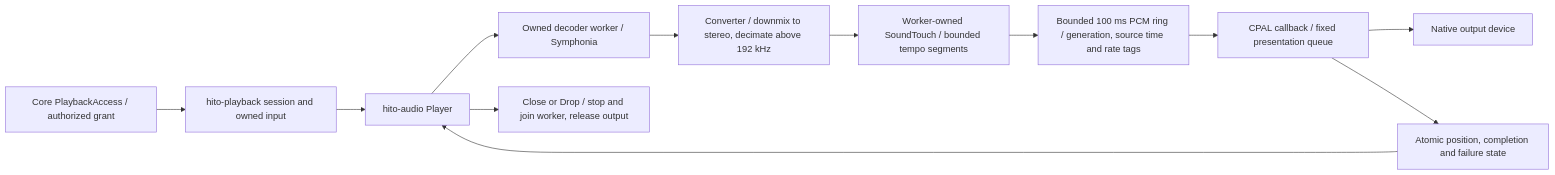
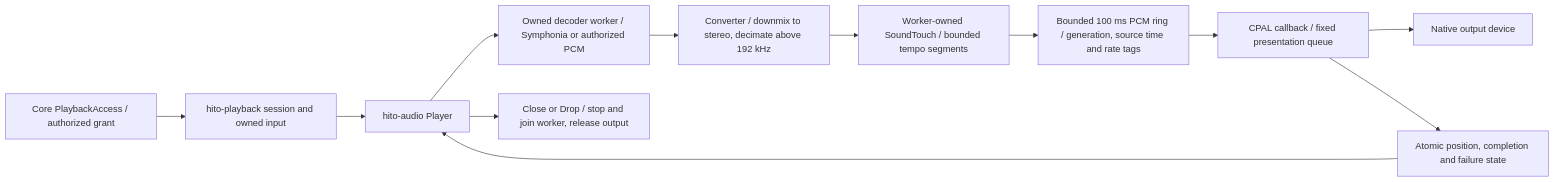
One commit to acidiney/hitoapp changed the first of 5 diagrams in docs/native-audio.md. Above: the diagram before and after it, drawn with Mermaid. The commit also changed other lines of this file and 3 other files, not shown here.

````diff
--- a/docs/native-audio.md
+++ b/docs/native-audio.md
@@ -9,14 +9,14 @@
 ```mermaid
 flowchart LR
   Access[Core PlaybackAccess / authorized grant] --> Session[hito-playback session and owned input]
   Session --> Player[hito-audio Player]
-  Player --> Decoder[Owned decoder worker / Symphonia]
+  Player --> Decoder[Owned decoder worker / Symphonia or authorized PCM]
   Decoder --> Convert[Converter / downmix to stereo, decimate above 192 kHz]
   Convert --> Tempo[Worker-owned SoundTouch / bounded tempo segments]
   Tempo --> PCM[Bounded 100 ms PCM ring / generation, source time and rate tags]
   PCM --> Render[CPAL callback / fixed presentation queue]
   Render --> Device[Native output device]
   Render --> State[Atomic position, completion and failure state]
   State --> Player
   Player --> Join[Close or Drop / stop and join worker, release output]
 ```
````
